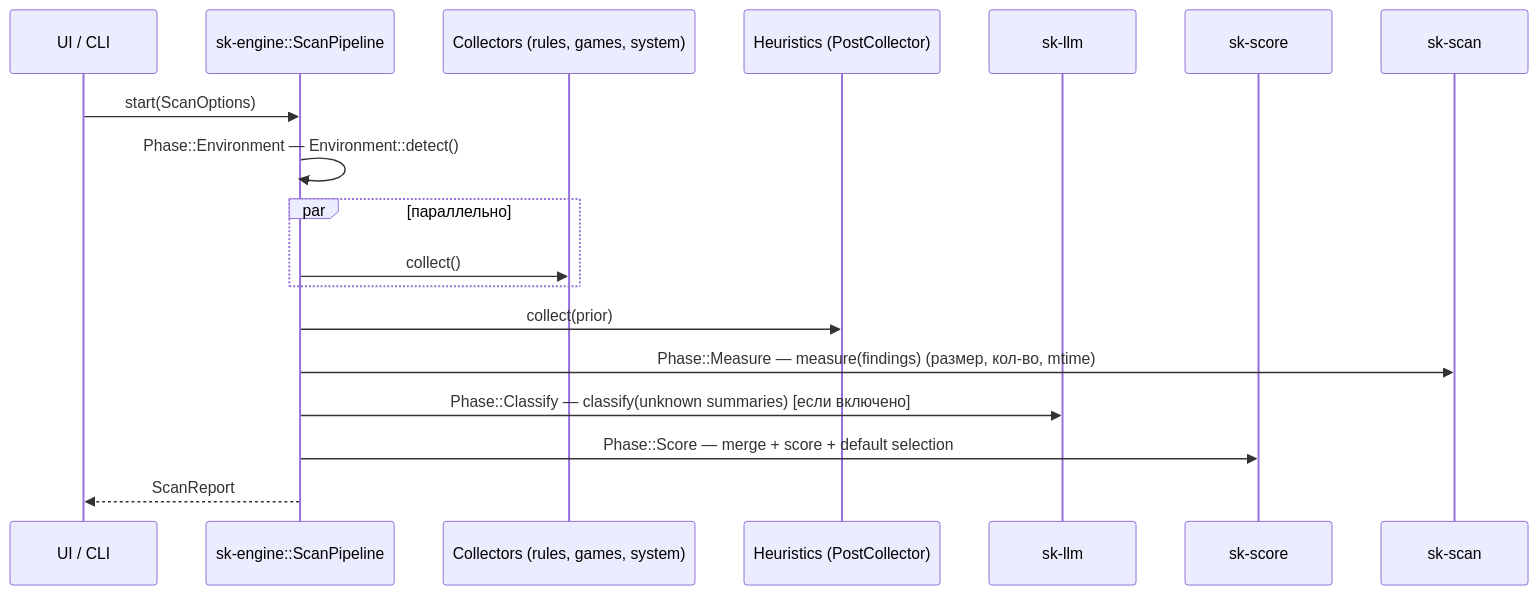
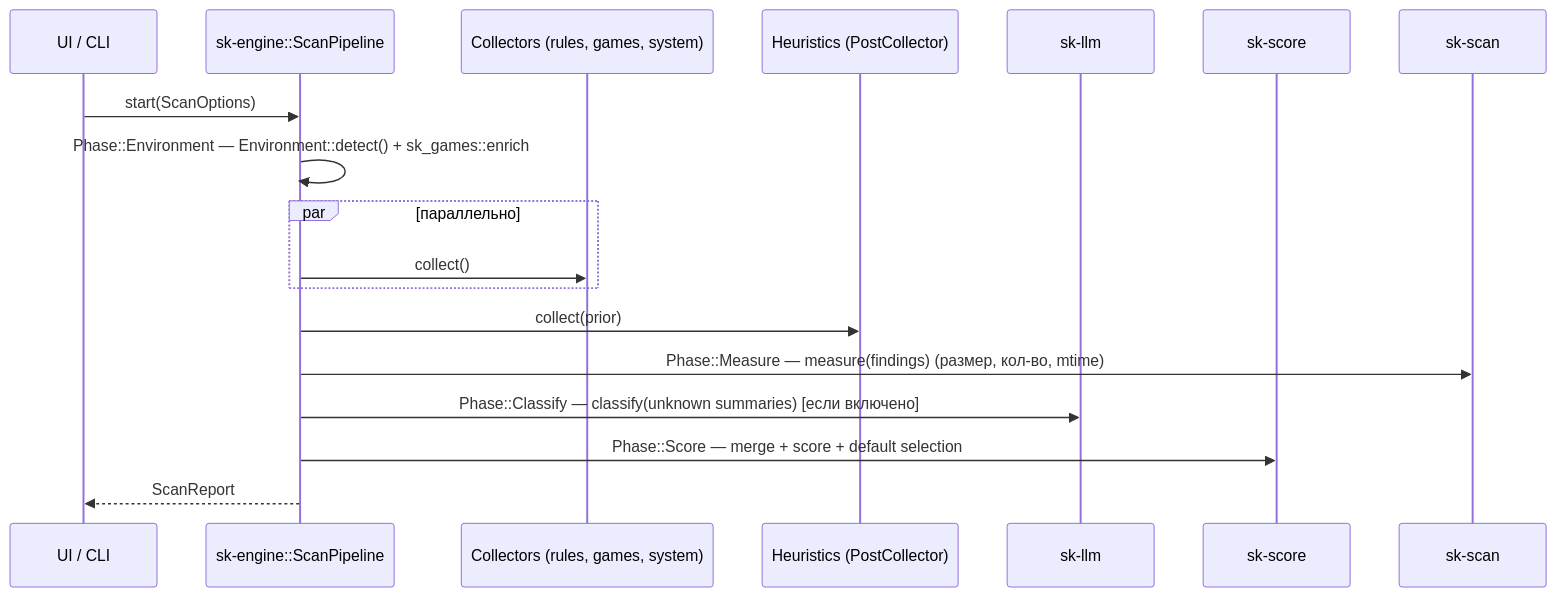
One commit to leagermaxl/savekeeper changed the second of 2 diagrams in specs/01-architecture.md. Above: the diagram before and after it, drawn with Mermaid. The commit also changed other lines of this file and 15 other files, not shown here.

Commit message:
feat(sk-games): T-05-05 launcher enrich in the engine Environment phase

````diff
--- a/specs/01-architecture.md
+++ b/specs/01-architecture.md
@@ -182,20 +182,20 @@
 ```mermaid
 sequenceDiagram
   participant UI as UI / CLI
   participant E as sk-engine::ScanPipeline
   participant C as Collectors (rules, games, system)
   participant H as Heuristics (PostCollector)
   participant L as sk-llm
   participant S as sk-score
   participant FS as sk-scan
   UI->>E: start(ScanOptions)
-  E->>E: Phase::Environment — Environment::detect()
+  E->>E: Phase::Environment — Environment::detect() + sk_games::enrich
   par параллельно
     E->>C: collect()
   end
   E->>H: collect(prior)
   E->>FS: Phase::Measure — measure(findings) (размер, кол-во, mtime)
   E->>L: Phase::Classify — classify(unknown summaries) [если включено]
   E->>S: Phase::Score — merge + score + default selection
   E-->>UI: ScanReport
 ```
````
